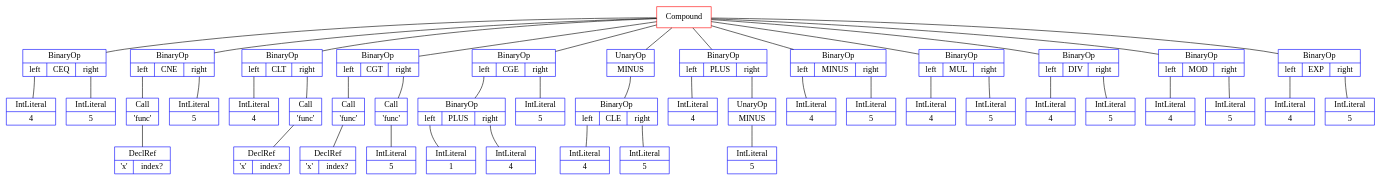
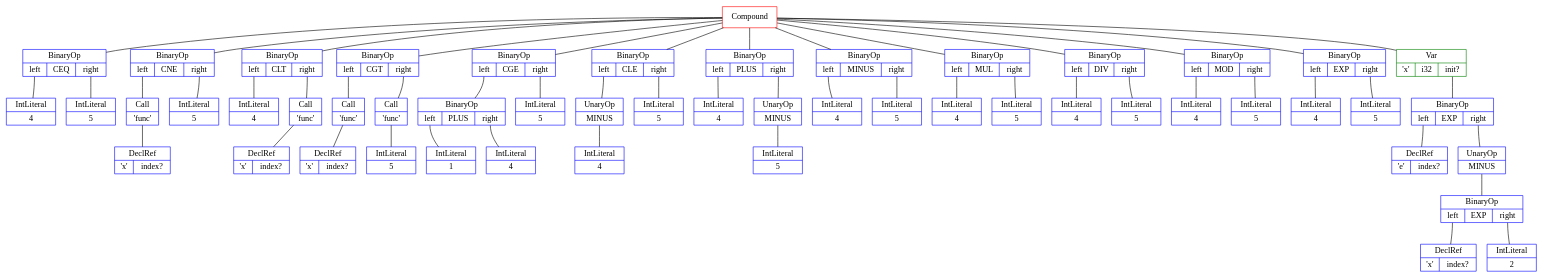
The diagram in Semester II/Compilers/Labo/2. Parser/parser_files/operators.dot (Lentosy/Master-Informatica), drawn with Graphviz before and after one commit. The commit also changed 23 other files, not shown here.

```diff
--- a/Semester II/Compilers/Labo/2. Parser/parser_files/operators.dot
+++ b/Semester II/Compilers/Labo/2. Parser/parser_files/operators.dot
@@ -1,92 +1,106 @@
 graph {
 node [shape=record];
 Compound1 [color="red", label="{Compound}", ];
 BinaryOp2 [color="blue", label="{BinaryOp|{<left>left|<op>CEQ|<right>right}}", ];
 IntLiteral3 [color="blue", label="{IntLiteral|{<value>4}}", ];
 BinaryOp2:left -- IntLiteral3 [];
 IntLiteral4 [color="blue", label="{IntLiteral|{<value>5}}", ];
 BinaryOp2:right -- IntLiteral4 [];
 Compound1 -- BinaryOp2 [];
 BinaryOp5 [color="blue", label="{BinaryOp|{<left>left|<op>CNE|<right>right}}", ];
 Call6 [color="blue", label="{Call|{<name>'func'}}", ];
 DeclRef7 [color="blue", label="{DeclRef|{<decl>'x'|<index>index?}}", ];
 Call6 -- DeclRef7 [];
 BinaryOp5:left -- Call6 [];
 IntLiteral8 [color="blue", label="{IntLiteral|{<value>5}}", ];
 BinaryOp5:right -- IntLiteral8 [];
 Compound1 -- BinaryOp5 [];
 BinaryOp9 [color="blue", label="{BinaryOp|{<left>left|<op>CLT|<right>right}}", ];
 IntLiteral10 [color="blue", label="{IntLiteral|{<value>4}}", ];
 BinaryOp9:left -- IntLiteral10 [];
 Call11 [color="blue", label="{Call|{<name>'func'}}", ];
 DeclRef12 [color="blue", label="{DeclRef|{<decl>'x'|<index>index?}}", ];
 Call11 -- DeclRef12 [];
 BinaryOp9:right -- Call11 [];
 Compound1 -- BinaryOp9 [];
 BinaryOp13 [color="blue", label="{BinaryOp|{<left>left|<op>CGT|<right>right}}", ];
 Call14 [color="blue", label="{Call|{<name>'func'}}", ];
 DeclRef15 [color="blue", label="{DeclRef|{<decl>'x'|<index>index?}}", ];
 Call14 -- DeclRef15 [];
 BinaryOp13:left -- Call14 [];
 Call16 [color="blue", label="{Call|{<name>'func'}}", ];
 IntLiteral17 [color="blue", label="{IntLiteral|{<value>5}}", ];
 Call16 -- IntLiteral17 [];
 BinaryOp13:right -- Call16 [];
 Compound1 -- BinaryOp13 [];
 BinaryOp18 [color="blue", label="{BinaryOp|{<left>left|<op>CGE|<right>right}}", ];
 BinaryOp19 [color="blue", label="{BinaryOp|{<left>left|<op>PLUS|<right>right}}", ];
 IntLiteral20 [color="blue", label="{IntLiteral|{<value>1}}", ];
 BinaryOp19:left -- IntLiteral20 [];
 IntLiteral21 [color="blue", label="{IntLiteral|{<value>4}}", ];
 BinaryOp19:right -- IntLiteral21 [];
 BinaryOp18:left -- BinaryOp19 [];
 IntLiteral22 [color="blue", label="{IntLiteral|{<value>5}}", ];
 BinaryOp18:right -- IntLiteral22 [];
 Compound1 -- BinaryOp18 [];
-UnaryOp23 [color="blue", label="{UnaryOp|{<right>MINUS}}", ];
-BinaryOp24 [color="blue", label="{BinaryOp|{<left>left|<op>CLE|<right>right}}", ];
+BinaryOp23 [color="blue", label="{BinaryOp|{<left>left|<op>CLE|<right>right}}", ];
+UnaryOp24 [color="blue", label="{UnaryOp|{<right>MINUS}}", ];
 IntLiteral25 [color="blue", label="{IntLiteral|{<value>4}}", ];
-BinaryOp24:left -- IntLiteral25 [];
+UnaryOp24:right -- IntLiteral25 [];
+BinaryOp23:left -- UnaryOp24 [];
 IntLiteral26 [color="blue", label="{IntLiteral|{<value>5}}", ];
-BinaryOp24:right -- IntLiteral26 [];
-UnaryOp23:right -- BinaryOp24 [];
-Compound1 -- UnaryOp23 [];
+BinaryOp23:right -- IntLiteral26 [];
+Compound1 -- BinaryOp23 [];
 BinaryOp27 [color="blue", label="{BinaryOp|{<left>left|<op>PLUS|<right>right}}", ];
 IntLiteral28 [color="blue", label="{IntLiteral|{<value>4}}", ];
 BinaryOp27:left -- IntLiteral28 [];
 UnaryOp29 [color="blue", label="{UnaryOp|{<right>MINUS}}", ];
 IntLiteral30 [color="blue", label="{IntLiteral|{<value>5}}", ];
 UnaryOp29:right -- IntLiteral30 [];
 BinaryOp27:right -- UnaryOp29 [];
 Compound1 -- BinaryOp27 [];
 BinaryOp31 [color="blue", label="{BinaryOp|{<left>left|<op>MINUS|<right>right}}", ];
 IntLiteral32 [color="blue", label="{IntLiteral|{<value>4}}", ];
 BinaryOp31:left -- IntLiteral32 [];
 IntLiteral33 [color="blue", label="{IntLiteral|{<value>5}}", ];
 BinaryOp31:right -- IntLiteral33 [];
 Compound1 -- BinaryOp31 [];
 BinaryOp34 [color="blue", label="{BinaryOp|{<left>left|<op>MUL|<right>right}}", ];
 IntLiteral35 [color="blue", label="{IntLiteral|{<value>4}}", ];
 BinaryOp34:left -- IntLiteral35 [];
 IntLiteral36 [color="blue", label="{IntLiteral|{<value>5}}", ];
 BinaryOp34:right -- IntLiteral36 [];
 Compound1 -- BinaryOp34 [];
 BinaryOp37 [color="blue", label="{BinaryOp|{<left>left|<op>DIV|<right>right}}", ];
 IntLiteral38 [color="blue", label="{IntLiteral|{<value>4}}", ];
 BinaryOp37:left -- IntLiteral38 [];
 IntLiteral39 [color="blue", label="{IntLiteral|{<value>5}}", ];
 BinaryOp37:right -- IntLiteral39 [];
 Compound1 -- BinaryOp37 [];
 BinaryOp40 [color="blue", label="{BinaryOp|{<left>left|<op>MOD|<right>right}}", ];
 IntLiteral41 [color="blue", label="{IntLiteral|{<value>4}}", ];
 BinaryOp40:left -- IntLiteral41 [];
 IntLiteral42 [color="blue", label="{IntLiteral|{<value>5}}", ];
 BinaryOp40:right -- IntLiteral42 [];
 Compound1 -- BinaryOp40 [];
 BinaryOp43 [color="blue", label="{BinaryOp|{<left>left|<op>EXP|<right>right}}", ];
 IntLiteral44 [color="blue", label="{IntLiteral|{<value>4}}", ];
 BinaryOp43:left -- IntLiteral44 [];
 IntLiteral45 [color="blue", label="{IntLiteral|{<value>5}}", ];
 BinaryOp43:right -- IntLiteral45 [];
 Compound1 -- BinaryOp43 [];
+Var46 [color="green", label="{Var|{<name>'x'|<type>i32|<init>init?}}", ];
+BinaryOp47 [color="blue", label="{BinaryOp|{<left>left|<op>EXP|<right>right}}", ];
+DeclRef48 [color="blue", label="{DeclRef|{<decl>'e'|<index>index?}}", ];
+BinaryOp47:left -- DeclRef48 [];
+UnaryOp49 [color="blue", label="{UnaryOp|{<right>MINUS}}", ];
+BinaryOp50 [color="blue", label="{BinaryOp|{<left>left|<op>EXP|<right>right}}", ];
+DeclRef51 [color="blue", label="{DeclRef|{<decl>'x'|<index>index?}}", ];
+BinaryOp50:left -- DeclRef51 [];
+IntLiteral52 [color="blue", label="{IntLiteral|{<value>2}}", ];
+BinaryOp50:right -- IntLiteral52 [];
+UnaryOp49:right -- BinaryOp50 [];
+BinaryOp47:right -- UnaryOp49 [];
+Var46:init -- BinaryOp47 [];
+Compound1 -- Var46 [];
 }
```
